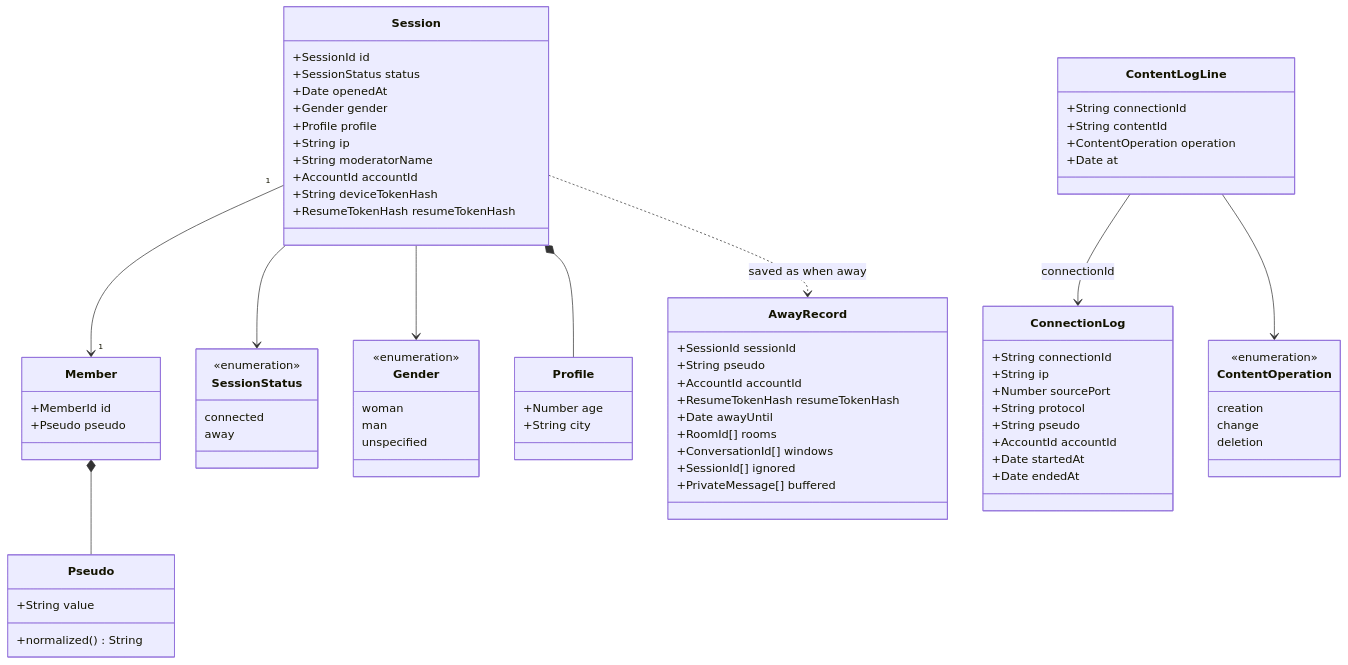
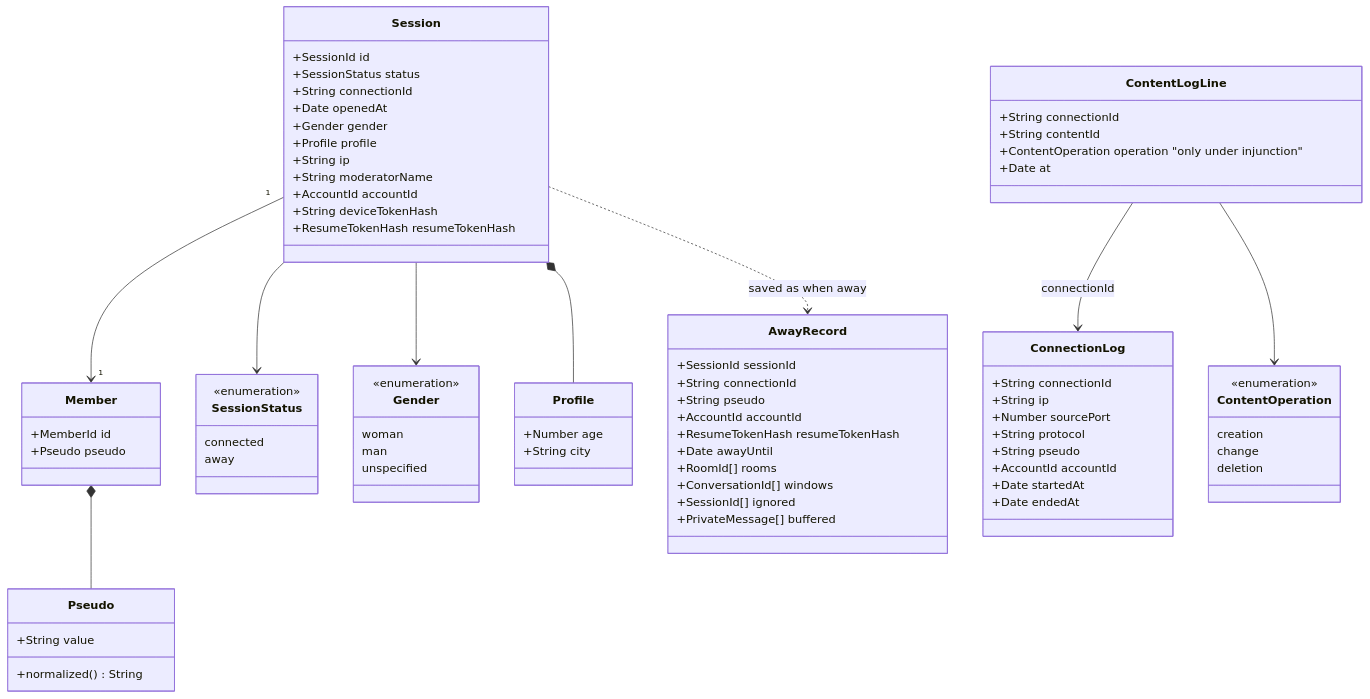
Before and after one commit to benoit-bremaud/asv: the diagram in docs/architecture/diagrams/entry/04-class.md, drawn with Mermaid. The commit also changed other lines of this file and 16 other files, not shown here.

````diff
--- a/docs/architecture/diagrams/entry/04-class.md
+++ b/docs/architecture/diagrams/entry/04-class.md
@@ -15,79 +15,81 @@
 ```mermaid
 classDiagram
   class Member {
     +MemberId id
     +Pseudo pseudo
   }
   class Pseudo {
     +String value
     +normalized() String
   }
   class Session {
     +SessionId id
     +SessionStatus status
+    +String connectionId
     +Date openedAt
     +Gender gender
     +Profile profile
     +String ip
     +String moderatorName
     +AccountId accountId
     +String deviceTokenHash
     +ResumeTokenHash resumeTokenHash
   }
   class SessionStatus {
     <<enumeration>>
     connected
     away
   }
   class Gender {
     <<enumeration>>
     woman
     man
     unspecified
   }
   class Profile {
     +Number age
     +String city
   }
   class AwayRecord {
     +SessionId sessionId
+    +String connectionId
     +String pseudo
     +AccountId accountId
     +ResumeTokenHash resumeTokenHash
     +Date awayUntil
     +RoomId[] rooms
     +ConversationId[] windows
     +SessionId[] ignored
     +PrivateMessage[] buffered
   }
   class ConnectionLog {
     +String connectionId
     +String ip
     +Number sourcePort
     +String protocol
     +String pseudo
     +AccountId accountId
     +Date startedAt
     +Date endedAt
   }
   class ContentLogLine {
     +String connectionId
     +String contentId
-    +ContentOperation operation
+    +ContentOperation operation "only under injunction"
     +Date at
   }
   class ContentOperation {
     <<enumeration>>
     creation
     change
     deletion
   }
   Session "1" --> "1" Member
   Member *-- Pseudo
   Session *-- Profile
   Session --> Gender
   Session --> SessionStatus
   Session ..> AwayRecord : saved as when away
   ContentLogLine --> ConnectionLog : connectionId
   ContentLogLine --> ContentOperation
 ```
````
